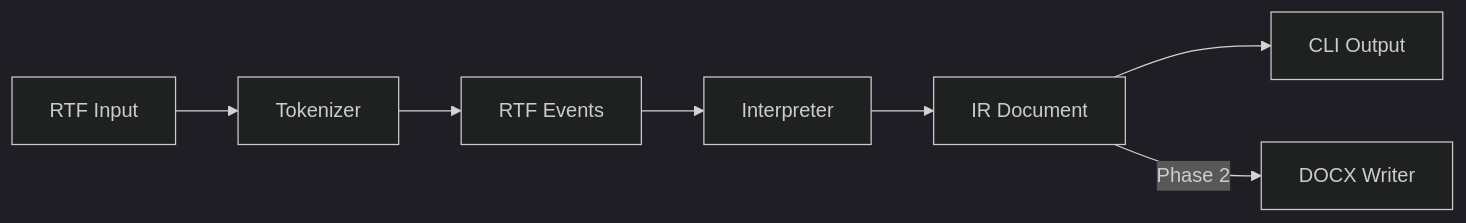
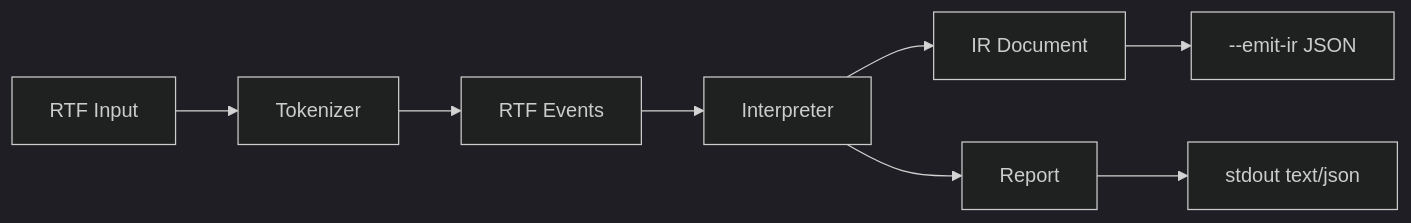
The diagram in docs/arch/README.md (TorstenCScholz/rtfkit), drawn with Mermaid (dark theme) before and after one commit. The commit also changed other lines of this file and 11 other files, not shown here.

````diff
--- a/docs/arch/README.md
+++ b/docs/arch/README.md
@@ -9,9 +9,10 @@
 ```mermaid
 flowchart LR
     RTF[RTF Input] --> Tokenizer[Tokenizer]
     Tokenizer --> Events[RTF Events]
     Events --> Interpreter[Interpreter]
     Interpreter --> IR[IR Document]
-    IR --> CLI[CLI Output]
-    IR --> |Phase 2| DOCX[DOCX Writer]
+    Interpreter --> Report[Report]
+    IR --> CLI[--emit-ir JSON]
+    Report --> CLIOut[stdout text/json]
 ```
````
